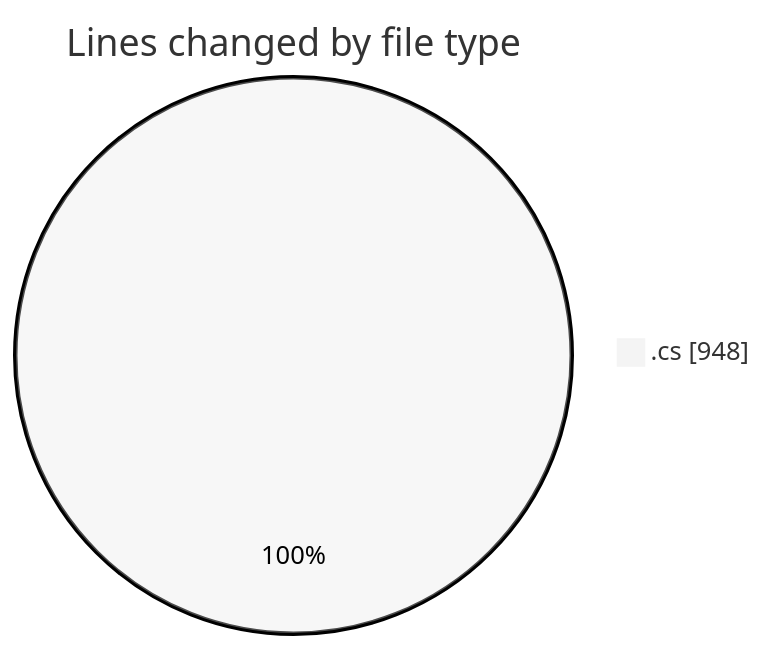
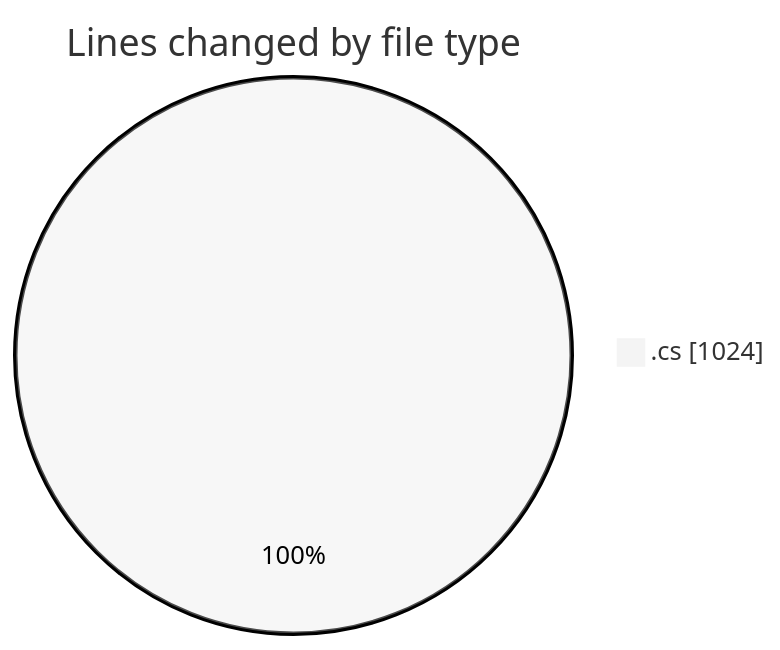
Before and after one commit to Netris89/code-tracking: the first of 2 diagrams in 2025-03-27/back-end/README.md, drawn with Mermaid (neutral theme). The commit also changed other lines of this file and 1 other file, not shown here.

````diff
--- a/2025-03-27/back-end/README.md
+++ b/2025-03-27/back-end/README.md
@@ -28,5 +28,5 @@
 ```mermaid
 pie showData
 title Lines changed by file type
-".cs" : 948
+".cs" : 1024
 ```
````
